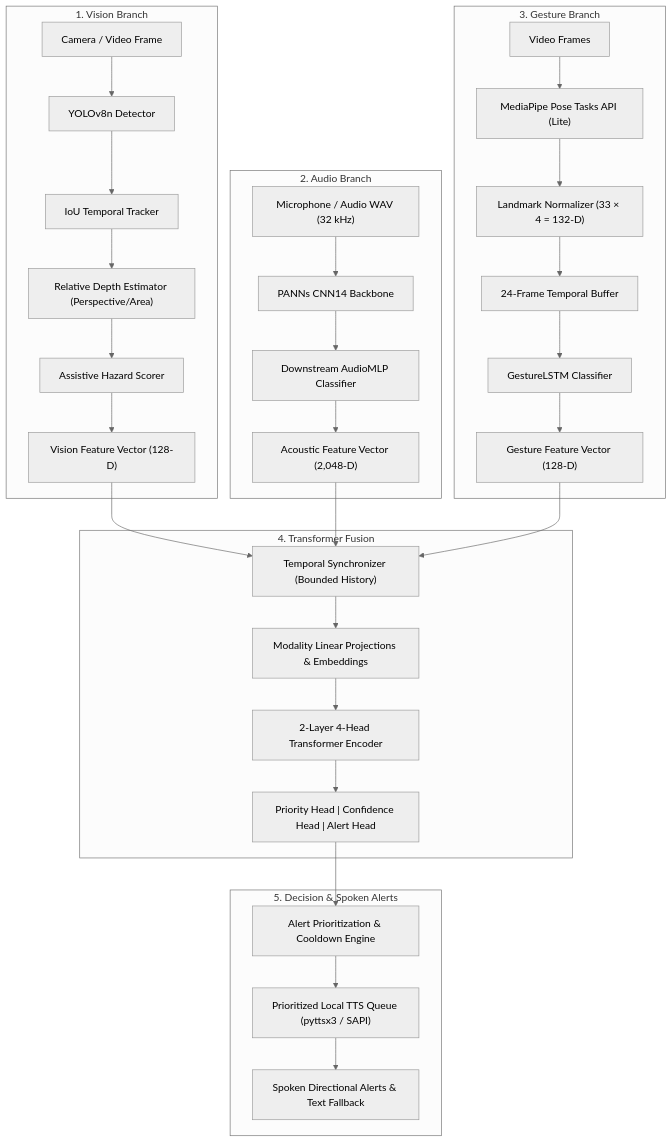
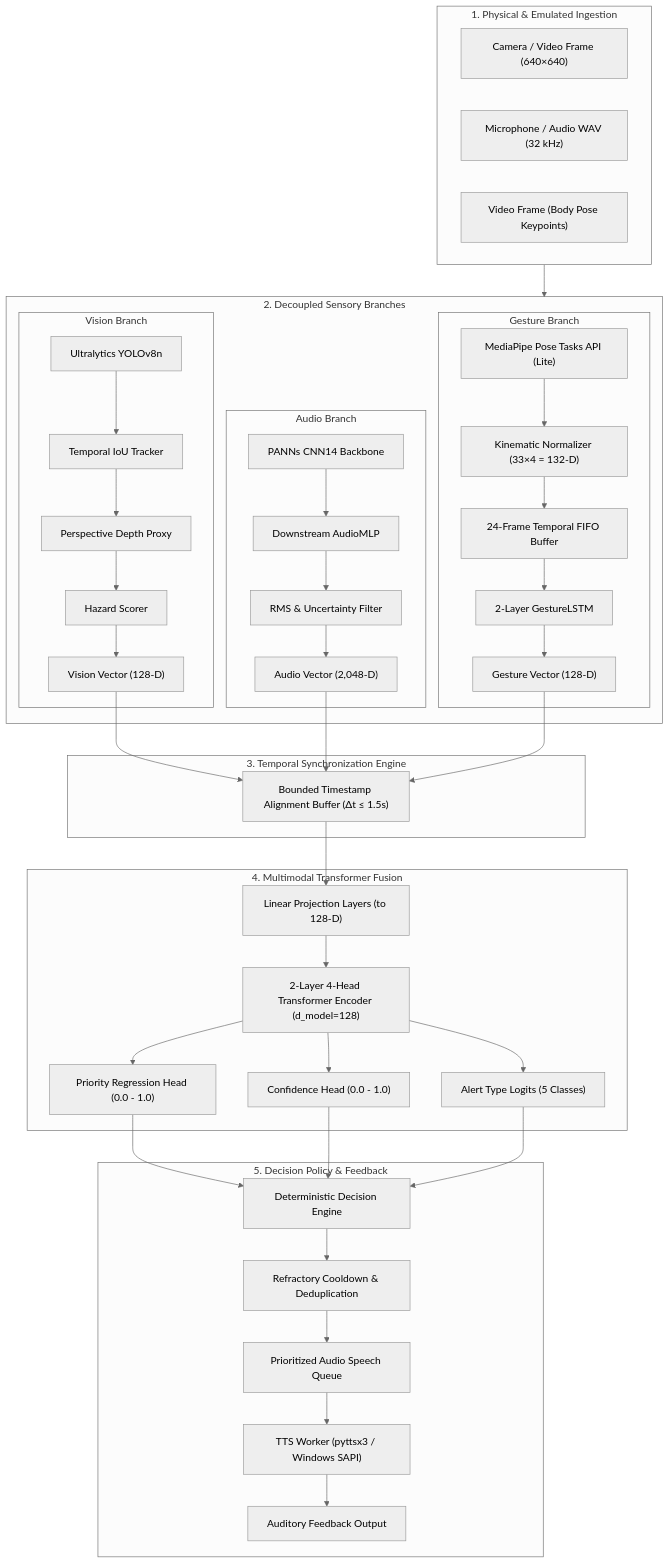
Before and after one commit to GirijaNayak/AINAK: the first of 2 diagrams in README.md, drawn with Mermaid (neutral theme). The commit also changed other lines of this file, not shown here.

````diff
--- a/README.md
+++ b/README.md
@@ -41,39 +122,56 @@
 ```mermaid
 flowchart TD
-    subgraph VisionBranch["1. Vision Branch"]
-        V_IN["Camera / Video Frame"] --> YOLO["YOLOv8n Detector"]
-        YOLO --> TRACK["IoU Temporal Tracker"]
-        TRACK --> DEPTH["Relative Depth Estimator (Perspective/Area)"]
-        DEPTH --> HAZARD["Assistive Hazard Scorer"]
-        HAZARD --> V_FEAT["Vision Feature Vector (128-D)"]
+    subgraph SENSORS["1. Physical & Emulated Ingestion"]
+        V_IN["Camera / Video Frame (640×640)"]
+        A_IN["Microphone / Audio WAV (32 kHz)"]
+        G_IN["Video Frame (Body Pose Keypoints)"]
     end
 
-    subgraph AudioBranch["2. Audio Branch"]
-        A_IN["Microphone / Audio WAV (32 kHz)"] --> CNN14["PANNs CNN14 Backbone"]
-        CNN14 --> AMLP["Downstream AudioMLP Classifier"]
-        AMLP --> A_FEAT["Acoustic Feature Vector (2,048-D)"]
+    subgraph BRANCHES["2. Decoupled Sensory Branches"]
+        subgraph V_PIPE["Vision Branch"]
+            V_DET["Ultralytics YOLOv8n"] --> V_TRACK["Temporal IoU Tracker"]
+            V_TRACK --> V_DEPTH["Perspective Depth Proxy"]
+            V_DEPTH --> V_HAZ["Hazard Scorer"]
+            V_HAZ --> V_VEC["Vision Vector (128-D)"]
+        end
+
+        subgraph A_PIPE["Audio Branch"]
+            A_CNN["PANNs CNN14 Backbone"] --> A_MLP["Downstream AudioMLP"]
+            A_MLP --> A_RMS["RMS & Uncertainty Filter"]
+            A_RMS --> A_VEC["Audio Vector (2,048-D)"]
+        end
+
+        subgraph G_PIPE["Gesture Branch"]
+            G_MP["MediaPipe Pose Tasks API (Lite)"] --> G_NORM["Kinematic Normalizer (33×4 = 132-D)"]
+            G_NORM --> G_BUF["24-Frame Temporal FIFO Buffer"]
+            G_BUF --> G_LSTM["2-Layer GestureLSTM"]
+            G_LSTM --> G_VEC["Gesture Vector (128-D)"]
+        end
     end
 
-    subgraph GestureBranch["3. Gesture Branch"]
-        G_IN["Video Frames"] --> POSE["MediaPipe Pose Tasks API (Lite)"]
-        POSE --> NORM["Landmark Normalizer (33 × 4 = 132-D)"]
-        NORM --> BUFF["24-Frame Temporal Buffer"]
-        BUFF --> LSTM["GestureLSTM Classifier"]
-        LSTM --> G_FEAT["Gesture Feature Vector (128-D)"]
+    subgraph ALIGN["3. Temporal Synchronization Engine"]
+        V_VEC --> SYNC["Bounded Timestamp Alignment Buffer (Δt ≤ 1.5s)"]
+        A_VEC --> SYNC
+        G_VEC --> SYNC
     end
 
-    subgraph FusionBranch["4. Transformer Fusion"]
-        V_FEAT --> SYNC["Temporal Synchronizer (Bounded History)"]
-        A_FEAT --> SYNC
-        G_FEAT --> SYNC
-        SYNC --> PROJ["Modality Linear Projections & Embeddings"]
-        PROJ --> TRANS["2-Layer 4-Head Transformer Encoder"]
-        TRANS --> HEADS["Priority Head | Confidence Head | Alert Head"]
+    subgraph FUSION["4. Multimodal Transformer Fusion"]
+        SYNC --> PROJ["Linear Projection Layers (to 128-D)"]
+        PROJ --> TE["2-Layer 4-Head Transformer Encoder (d_model=128)"]
+        TE --> H_PRIO["Priority Regression Head (0.0 - 1.0)"]
+        TE --> H_CONF["Confidence Head (0.0 - 1.0)"]
+        TE --> H_ALERT["Alert Type Logits (5 Classes)"]
     end
 
-    subgraph DecisionBranch["5. Decision & Spoken Alerts"]
-        HEADS --> ENGINE["Alert Prioritization & Cooldown Engine"]
-        ENGINE --> TTS["Prioritized Local TTS Queue (pyttsx3 / SAPI)"]
-        TTS --> SPEECH["Spoken Directional Alerts & Text Fallback"]
+    subgraph ARBITRATION["5. Decision Policy & Feedback"]
+        H_PRIO --> DEC["Deterministic Decision Engine"]
+        H_CONF --> DEC
+        H_ALERT --> DEC
+        DEC --> COOL["Refractory Cooldown & Deduplication"]
+        COOL --> TTS_Q["Prioritized Audio Speech Queue"]
+        TTS_Q --> TTS_ENGINE["TTS Worker (pyttsx3 / Windows SAPI)"]
+        TTS_ENGINE --> SPOKEN["Auditory Feedback Output"]
     end
+
+    SENSORS --> BRANCHES
 ```
````
